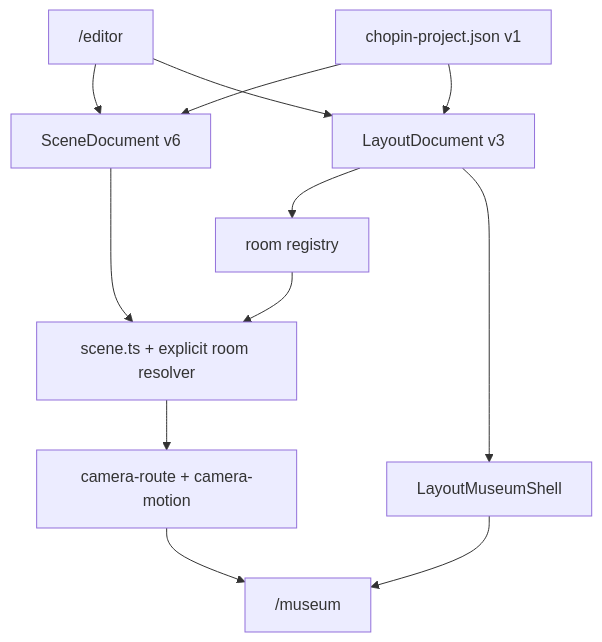
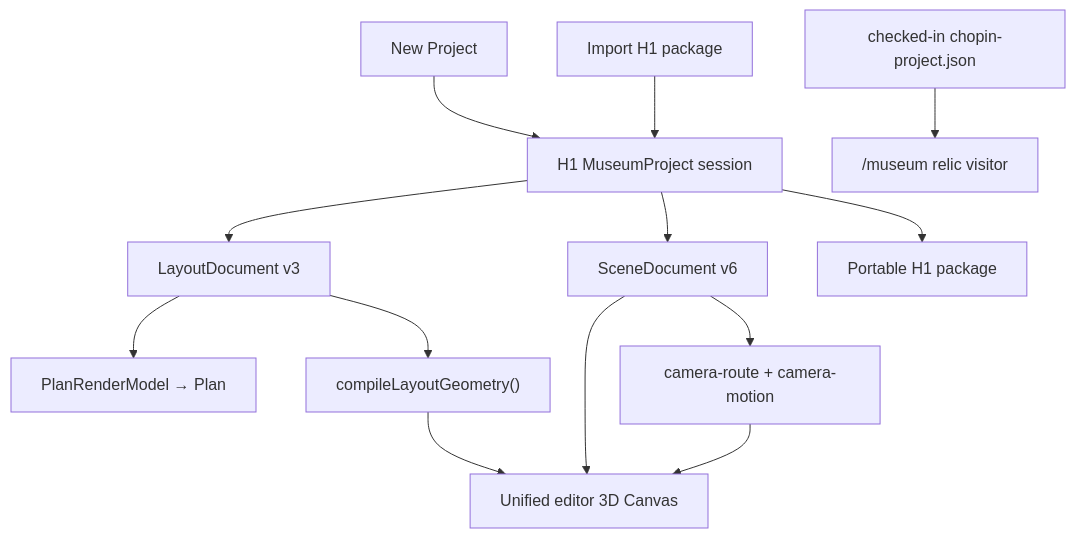
The diagram in docs/README.md (toni8699/Museum), drawn with Mermaid before and after one commit. The commit also changed other lines of this file and 49 other files, not shown here.

Commit message:
G4 land, H1 rewrite, chopin museum/editor frozen relic

````diff
--- a/docs/README.md
+++ b/docs/README.md
@@ -28,14 +27,16 @@
 ```mermaid
 flowchart TB
-  Editor["/editor"] --> SceneDoc["SceneDocument v6"]
-  Editor --> LayoutDoc["LayoutDocument v3"]
-  Project["chopin-project.json v1"] --> SceneDoc
-  Project --> LayoutDoc
-  SceneDoc --> Resolve["scene.ts + explicit room resolver"]
-  LayoutDoc --> Registry["room registry"]
-  LayoutDoc --> Shell["LayoutMuseumShell"]
-  Resolve --> Motion["camera-route + camera-motion"]
-  Registry --> Resolve
-  Shell --> Visitor["/museum"]
-  Motion --> Visitor
+  New["New Project"] --> EditorProject["H1 MuseumProject session"]
+  Import["Import H1 package"] --> EditorProject
+  EditorProject --> Layout["LayoutDocument v3"]
+  EditorProject --> Scene["SceneDocument v6"]
+  Layout --> Plan["PlanRenderModel → Plan"]
+  Layout --> Compile["compileLayoutGeometry()"]
+  Compile --> Editor3D["Unified editor 3D Canvas"]
+  Scene --> Editor3D
+  Scene --> Motion["camera-route + camera-motion"]
+  Motion --> Editor3D
+  EditorProject --> Export["Portable H1 package"]
+
+  Chopin["checked-in chopin-project.json"] --> Museum["/museum relic visitor"]
 ```
````
